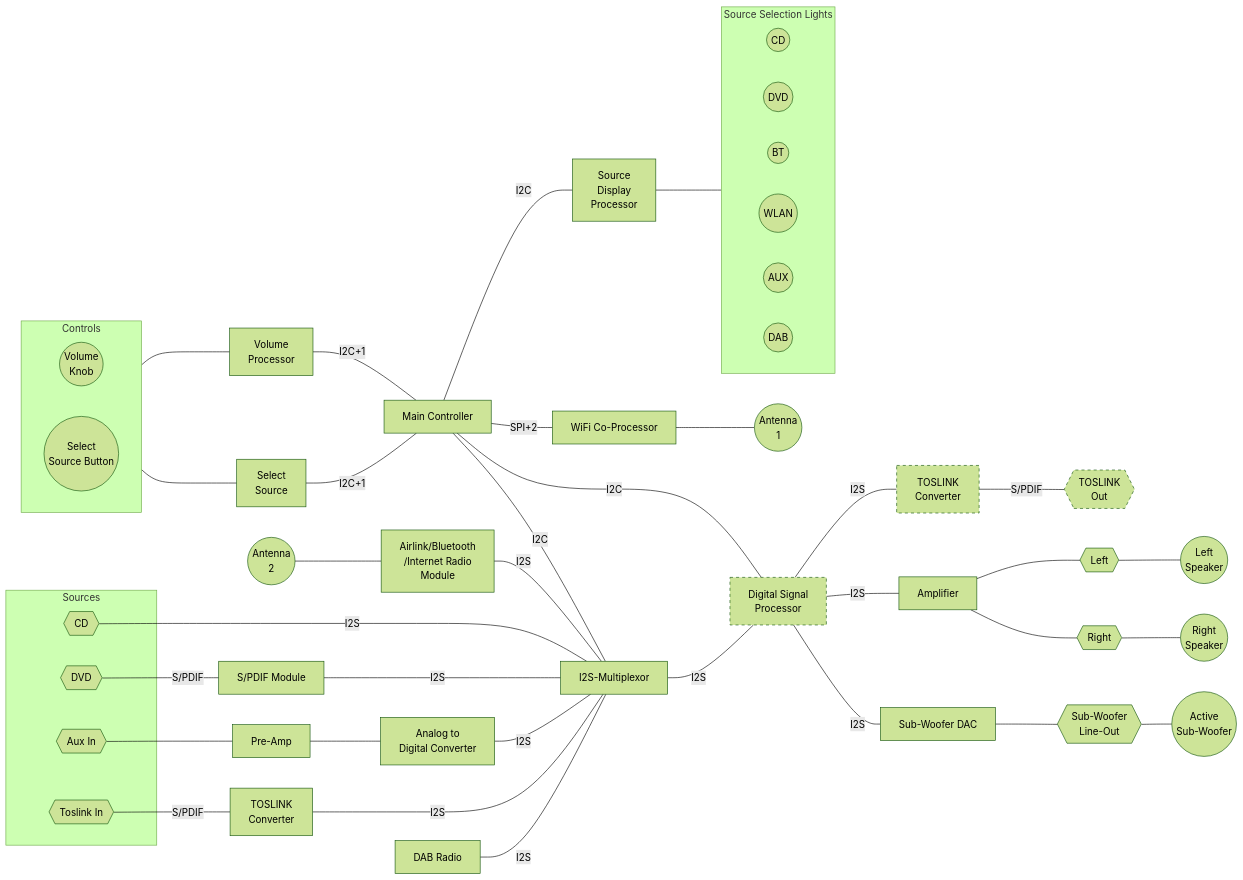
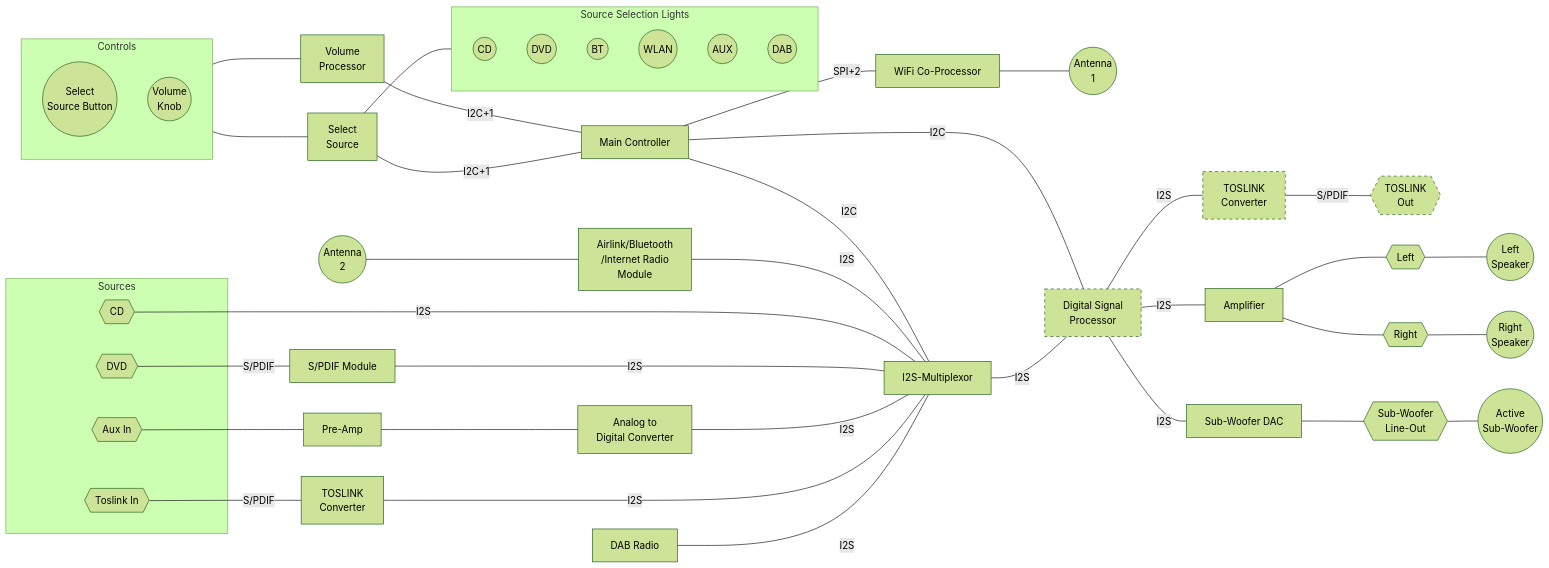
Before and after one commit to adoble/modular-audio: the first of 3 diagrams in README.md, drawn with Mermaid (forest theme). The commit also changed other lines of this file, not shown here.

Commit message:
Updated system diagram

````diff
--- a/README.md
+++ b/README.md
@@ -13,66 +13,66 @@
 ```mermaid
 graph LR;
 
-main_ctrl -- I2C --- source_display_proc["Source <br> Display <br> Processor"] --- source_sel_display
+
 main_ctrl["Main Controller"] -- I2C --- i2sm[I2S-Multiplexor];
 wifi --- antenna1((Antenna <br> 1));
 
 main_ctrl -- I2C --- dsp;
 main_ctrl -- SPI+2 --- wifi["WiFi Co-Processor"]
 i2sm -- I2S --- dsp["Digital Signal <br> Processor"] -- I2S --- amp[Amplifier];
 dsp -- I2S --- toslink_out_converter[TOSLINK<br>Converter] -- "S/PDIF" --- toslink_out{{TOSLINK <br> Out}};
 
 
 style dsp stroke-dasharray: 5 5;
 style toslink_out_converter stroke-dasharray: 5 5;
 style toslink_out stroke-dasharray: 5 5;
 
 
 subgraph sources [Sources]
     cd{{CD}};
     dvd{{DVD}};
     tos_link_in{{Toslink In}}
     aux{{Aux In}};
     
 end
 
 subgraph source_sel_display [Source Selection Lights]
-    direction RL;
-    cd_source_selected((CD ));
-    dvd_source_selected((DVD));
-    bluetooth_source_selected((BT ));
-    wlan_source_selected((WLAN));
-    aux_source_selected((AUX));
-    dab_source_selected((DAB));
+    cd_source_selected((CD ))
+    dvd_source_selected((DVD))
+    bluetooth_source_selected((BT ))
+    wlan_source_selected((WLAN))
+    aux_source_selected((AUX))
+    dab_source_selected((DAB))
 end
 
 antenna2((Antenna <br> 2)) --- airlink;
 airlink["Airlink/Bluetooth <br> /Internet Radio <br> Module"] -- I2S --- i2sm
 cd -- I2S  --- i2sm;
 dvd -- "S/PDIF" --- spdif["S/PDIF Module"] -- I2S --- i2sm;
 aux --- Pre-Amp --- adc[Analog to <br>Digital Converter] -- I2S --- i2sm;
 tos_link_in -- "S/PDIF" --- toslink_converter[TOSLINK<br>Converter] -- I2S --- i2sm; 
 dab["DAB Radio"] -- I2S --- i2sm
 
 amp --- left{{Left}} --- left_spk((Left <br> Speaker)) 
 amp --- right{{Right}} --- right_spk((Right <br> Speaker)) 
 
 dsp -- I2S --- sw-dac[Sub-Woofer DAC] --- sw-line-out{{Sub-Woofer<br>Line-Out}} --- active-sw((Active<br>Sub-Woofer))
 
 
 vol_proc[Volume <br> Processor];
 sel_source[Select <br> Source <br>];
 
 subgraph controls[Controls]
-    direction RL;
-    vol_knob((Volume <br> Knob));
+    direction TB
     sel_source_btn((Select <br> Source Button))
+    vol_knob((Volume <br> Knob))
 end
 
+sel_source --- source_sel_display
 vol_knob --- vol_proc -- I2C+1--- main_ctrl;
 sel_source_btn --- sel_source -- I2C+1--- main_ctrl;
 
 
 click main_ctrl "https://github.com/adoble/modular-audio/blob/main/README.md#controller"
 click i2sm "https://github.com/adoble/modular-audio/tree/main/hardware/i2s-multiplexer" "Click to see sub-repository"
 ```
````
